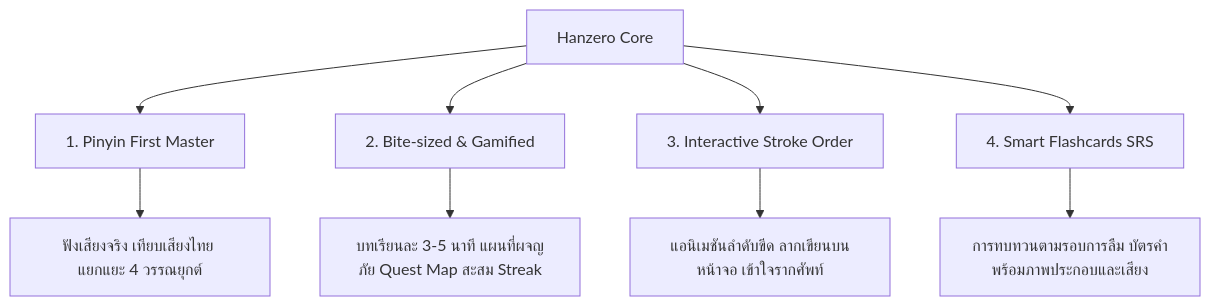
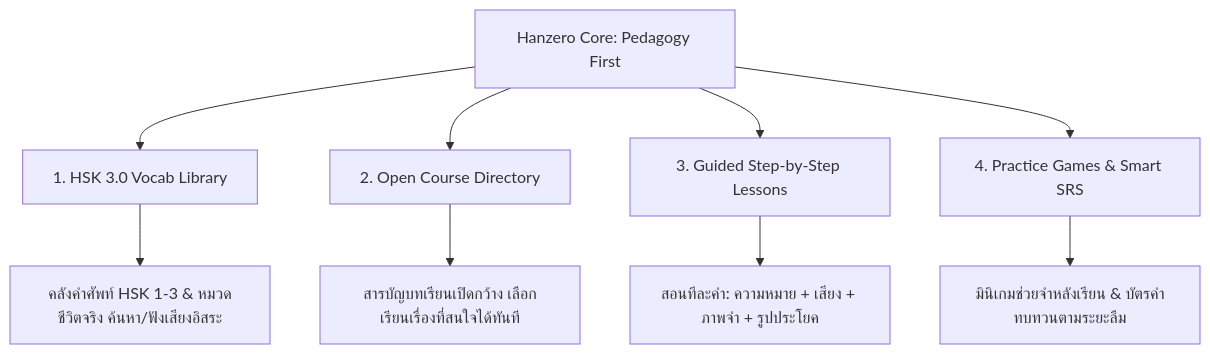
Before and after one commit to vavinon/Hanzero: the diagram in docs/prd/01_product_vision.md, drawn with Mermaid. The commit also changed other lines of this file and 34 other files, not shown here.

First line of the commit message:
feat(realignment): implement HSK 3.0 vocab library and open course directory

````diff
--- a/docs/prd/01_product_vision.md
+++ b/docs/prd/01_product_vision.md
@@ -27,12 +27,12 @@
 ```mermaid
 graph TD
-    A[Hanzero Core] --> B[1. Pinyin First Master]
-    A --> C[2. Bite-sized & Gamified]
-    A --> D[3. Interactive Stroke Order]
-    A --> E[4. Smart Flashcards SRS]
+    A[Hanzero Core: Pedagogy First] --> B[1. HSK 3.0 Vocab Library]
+    A --> C[2. Open Course Directory]
+    A --> D[3. Guided Step-by-Step Lessons]
+    A --> E[4. Practice Games & Smart SRS]
     
-    B --> B1[ฟังเสียงจริง เทียบเสียงไทย แยกแยะ 4 วรรณยุกต์]
-    C --> C1[บทเรียนละ 3-5 นาที แผนที่ผจญภัย Quest Map สะสม Streak]
-    D --> D1[แอนิเมชันลำดับขีด ลากเขียนบนหน้าจอ เข้าใจรากศัพท์]
-    E --> E1[การทบทวนตามรอบการลืม บัตรคำพร้อมภาพประกอบและเสียง]
+    B --> B1[คลังคำศัพท์ HSK 1-3 & หมวดชีวิตจริง ค้นหา/ฟังเสียงอิสระ]
+    C --> C1[สารบัญบทเรียนเปิดกว้าง เลือกเรียนเรื่องที่สนใจได้ทันที]
+    D --> D1[สอนทีละคำ: ความหมาย + เสียง + ภาพจำ + รูปประโยค]
+    E --> E1[มินิเกมช่วยจำหลังเรียน & บัตรคำทบทวนตามระยะลืม]
 ```
````
